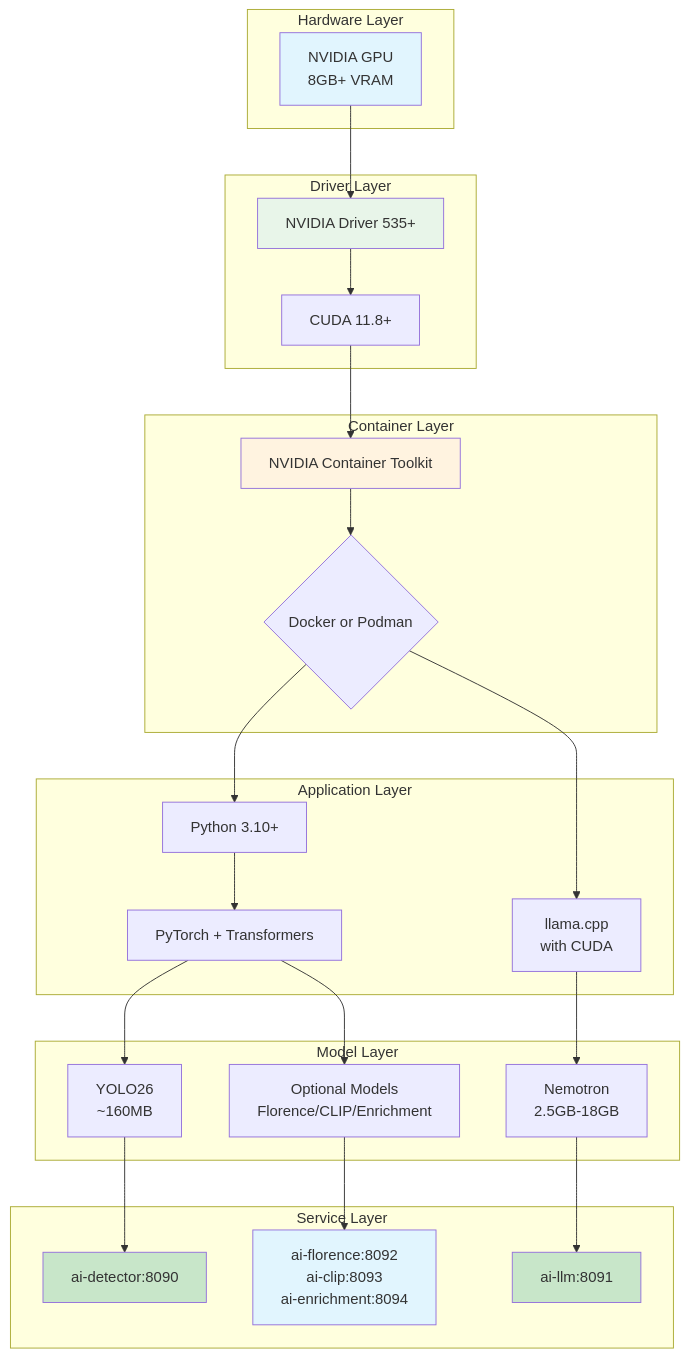
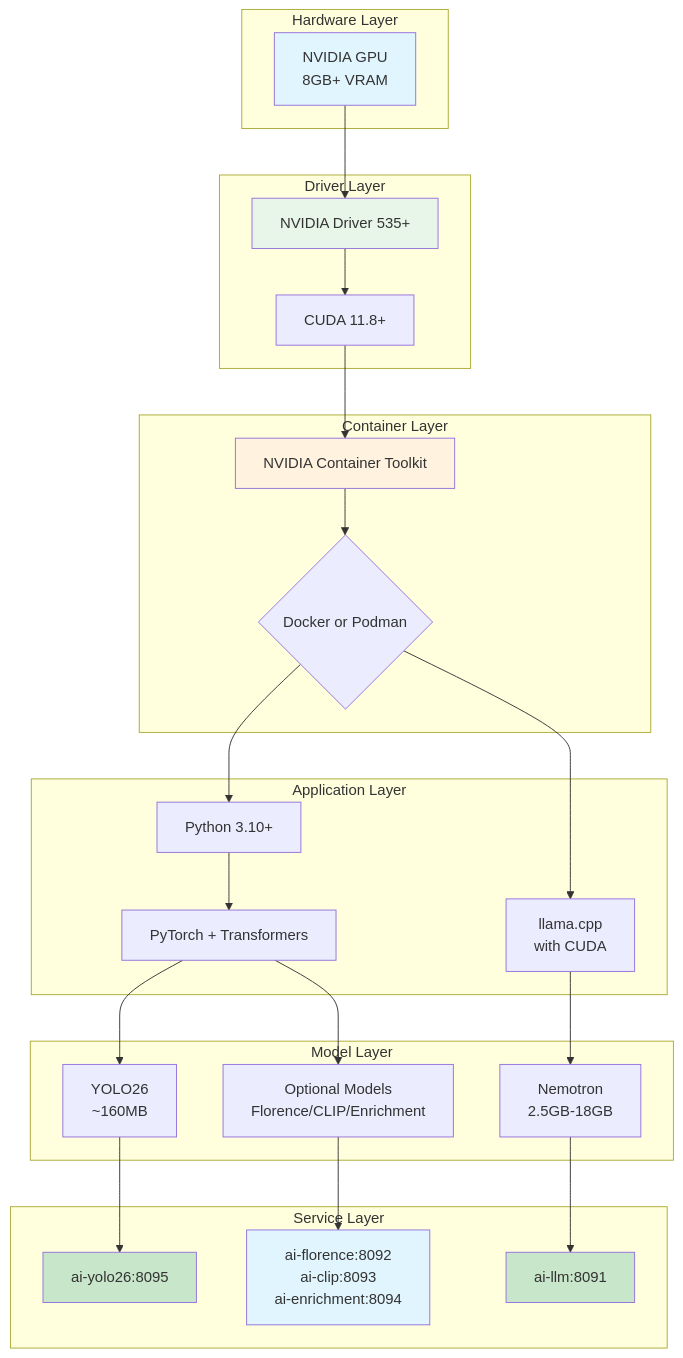
Before and after one commit to mikesvoboda/nemotron-v3-home-security-intelligence: the first of 2 diagrams in docs/operator/ai-installation.md, drawn with Mermaid. The commit also changed 109 other files, not shown here.

````diff
--- a/docs/operator/ai-installation.md
+++ b/docs/operator/ai-installation.md
@@ -56,58 +56,58 @@
 ```mermaid
 flowchart TD
     subgraph "Hardware Layer"
         GPU[NVIDIA GPU<br/>8GB+ VRAM]
     end
 
     subgraph "Driver Layer"
         Driver[NVIDIA Driver 535+]
         CUDA[CUDA 11.8+]
     end
 
     subgraph "Container Layer"
         Toolkit[NVIDIA Container Toolkit]
         Runtime{Docker or Podman}
     end
 
     subgraph "Application Layer"
         Python[Python 3.10+]
         Llama[llama.cpp<br/>with CUDA]
         PyDeps[PyTorch + Transformers]
     end
 
     subgraph "Model Layer"
         YOLO26[YOLO26<br/>~160MB]
         Nemotron[Nemotron<br/>2.5GB-18GB]
         Optional[Optional Models<br/>Florence/CLIP/Enrichment]
     end
 
     subgraph "Service Layer"
-        Detector[ai-detector:8090]
+        Detector[ai-yolo26:8095]
         LLM[ai-llm:8091]
         OptServices[ai-florence:8092<br/>ai-clip:8093<br/>ai-enrichment:8094]
     end
 
     GPU --> Driver
     Driver --> CUDA
     CUDA --> Toolkit
     Toolkit --> Runtime
 
     Runtime --> Python
     Runtime --> Llama
     Python --> PyDeps
 
     PyDeps --> YOLO26
     Llama --> Nemotron
     PyDeps --> Optional
 
     YOLO26 --> Detector
     Nemotron --> LLM
     Optional --> OptServices
 
     style GPU fill:#e1f5fe
     style Driver fill:#e8f5e9
     style Toolkit fill:#fff3e0
     style Detector fill:#c8e6c9
     style LLM fill:#c8e6c9
     style OptServices fill:#e1f5fe
 ```
````
